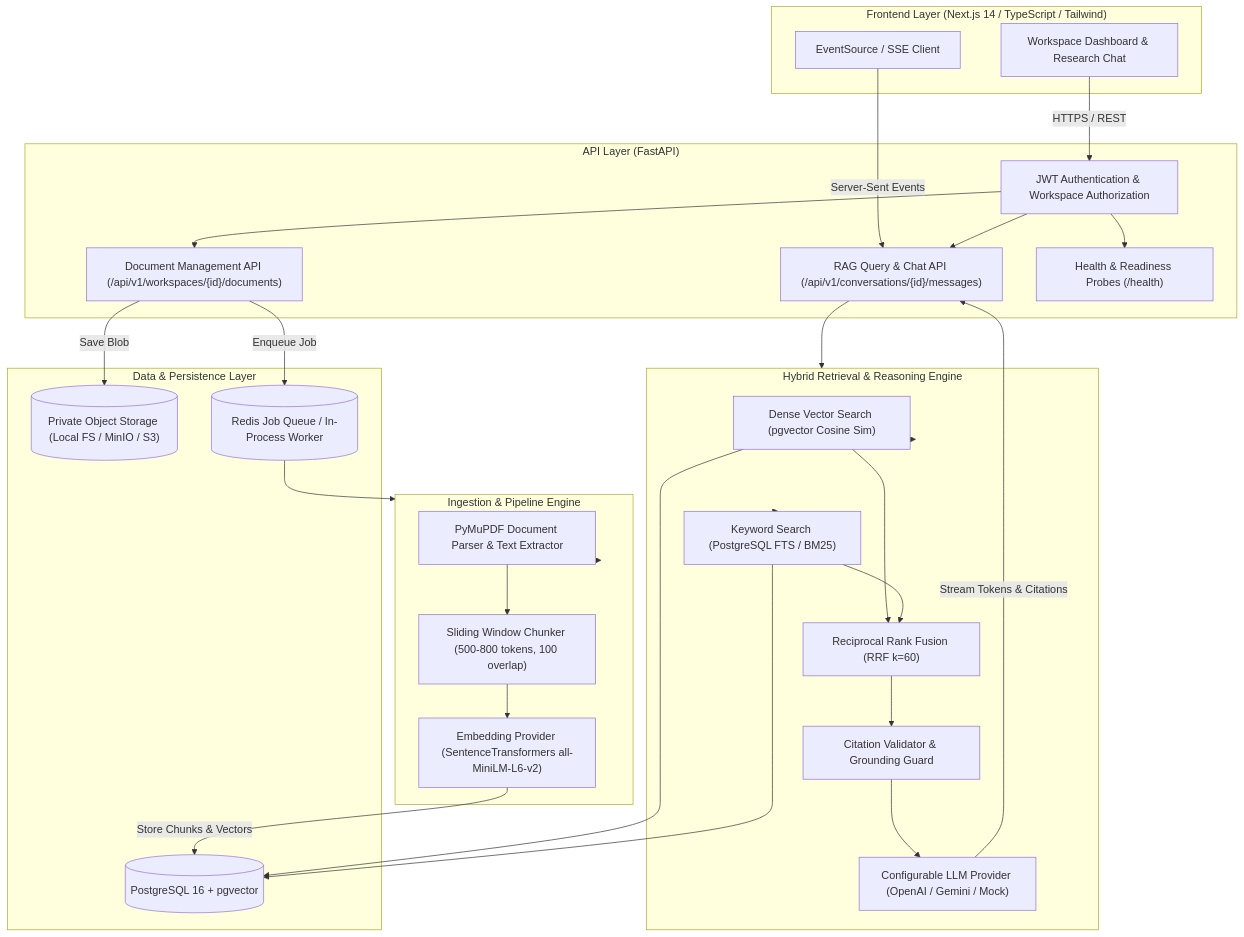
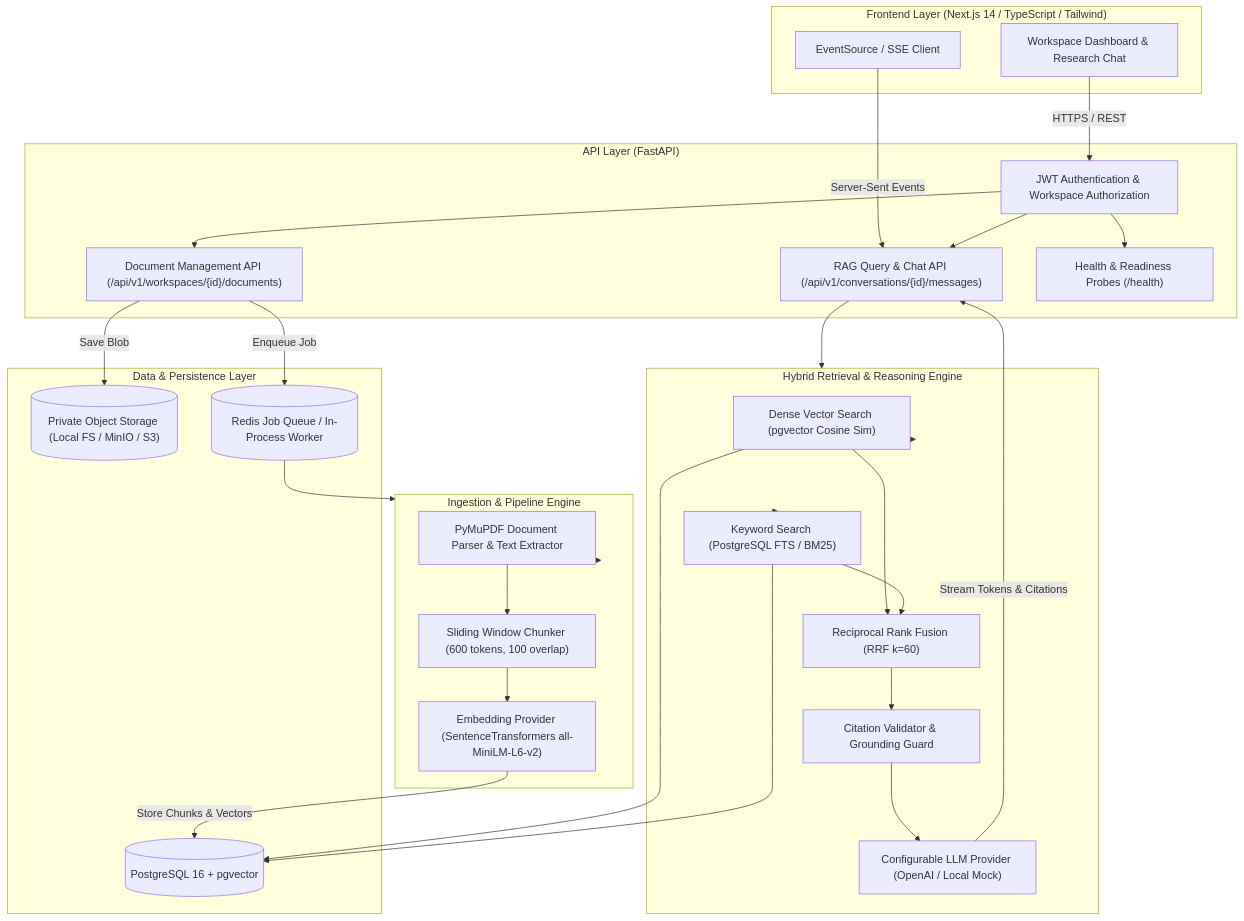
The diagram in README.md (24f2004729/researchpilot), drawn with Mermaid before and after one commit. The commit also changed other lines of this file and 1 other file, not shown here.

````diff
--- a/README.md
+++ b/README.md
@@ -27,59 +48,59 @@
 ```mermaid
 flowchart TD
     subgraph Client["Frontend Layer (Next.js 14 / TypeScript / Tailwind)"]
         UI["Workspace Dashboard & Research Chat"]
         SSE["EventSource / SSE Client"]
     end
 
     subgraph Gateway["API Layer (FastAPI)"]
         AuthMiddleware["JWT Authentication & Workspace Authorization"]
         DocRouter["Document Management API (/api/v1/workspaces/{id}/documents)"]
         RagRouter["RAG Query & Chat API (/api/v1/conversations/{id}/messages)"]
         HealthRouter["Health & Readiness Probes (/health)"]
     end
 
     subgraph IngestionWorker["Ingestion & Pipeline Engine"]
         DocParser["PyMuPDF Document Parser & Text Extractor"]
-        Chunker["Sliding Window Chunker (500-800 tokens, 100 overlap)"]
+        Chunker["Sliding Window Chunker (600 tokens, 100 overlap)"]
         Embedder["Embedding Provider (SentenceTransformers all-MiniLM-L6-v2)"]
     end
 
     subgraph RetrievalEngine["Hybrid Retrieval & Reasoning Engine"]
         DenseSearch["Dense Vector Search (pgvector Cosine Sim)"]
         KeywordSearch["Keyword Search (PostgreSQL FTS / BM25)"]
         RRF["Reciprocal Rank Fusion (RRF k=60)"]
         CitationValidator["Citation Validator & Grounding Guard"]
-        LLM["Configurable LLM Provider (OpenAI / Gemini / Mock)"]
+        LLM["Configurable LLM Provider (OpenAI / Local Mock)"]
     end
 
     subgraph StorageLayer["Data & Persistence Layer"]
         Postgres[("PostgreSQL 16 + pgvector")]
         ObjectStore[("Private Object Storage (Local FS / MinIO / S3)")]
         RedisQueue[("Redis Job Queue / In-Process Worker")]
     end
 
     UI -->|HTTPS / REST| AuthMiddleware
     SSE -->|Server-Sent Events| RagRouter
     AuthMiddleware --> DocRouter
     AuthMiddleware --> RagRouter
     AuthMiddleware --> HealthRouter
 
     DocRouter -->|Save Blob| ObjectStore
     DocRouter -->|Enqueue Job| RedisQueue
     RedisQueue --> IngestionWorker
     IngestionWorker --> DocParser
     DocParser --> Chunker
     Chunker --> Embedder
     Embedder -->|Store Chunks & Vectors| Postgres
 
     RagRouter --> RetrievalEngine
     RetrievalEngine --> DenseSearch
     RetrievalEngine --> KeywordSearch
     DenseSearch --> Postgres
     KeywordSearch --> Postgres
     DenseSearch --> RRF
     KeywordSearch --> RRF
     RRF --> CitationValidator
     CitationValidator --> LLM
     LLM -->|Stream Tokens & Citations| RagRouter
 ```
````
